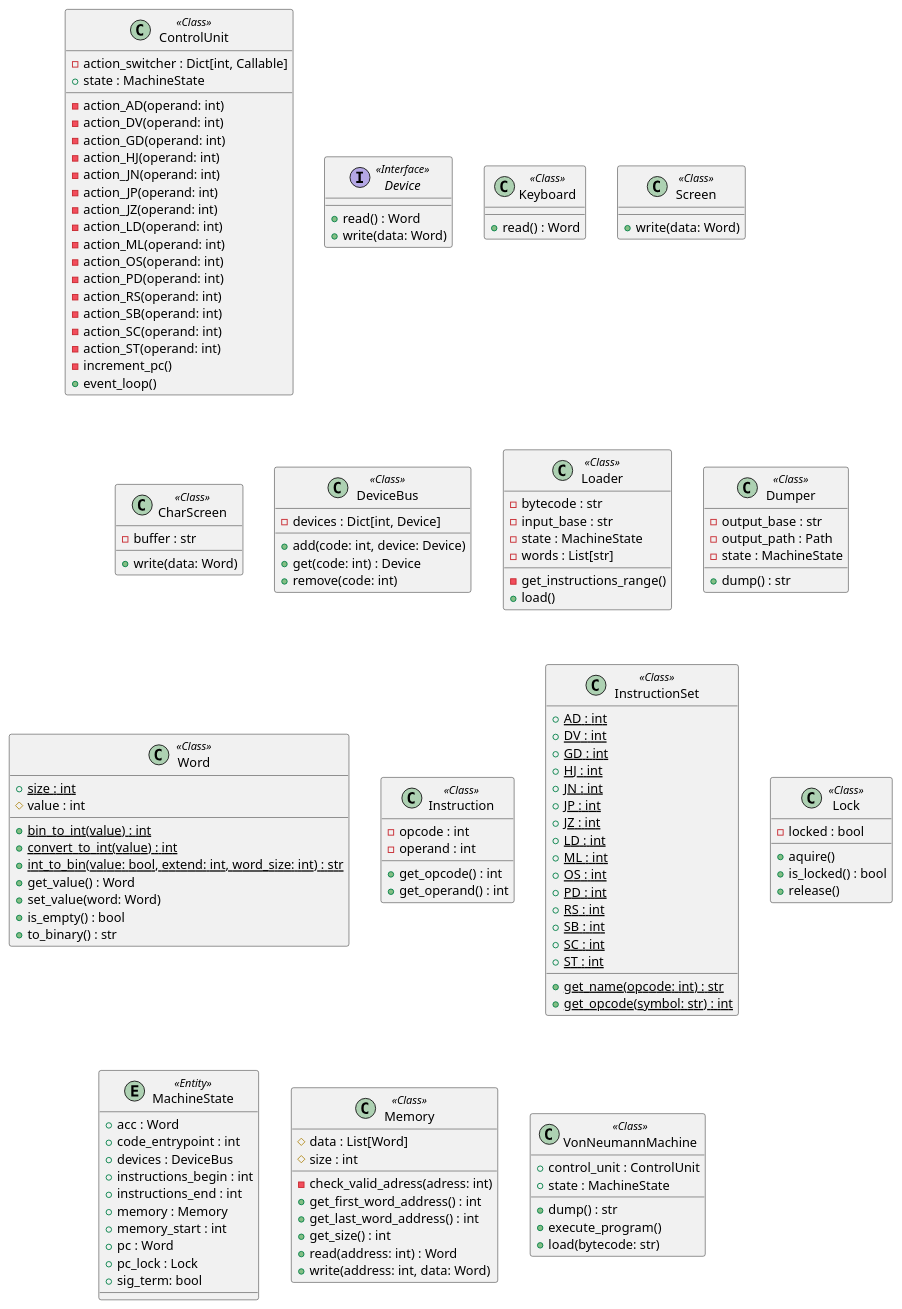
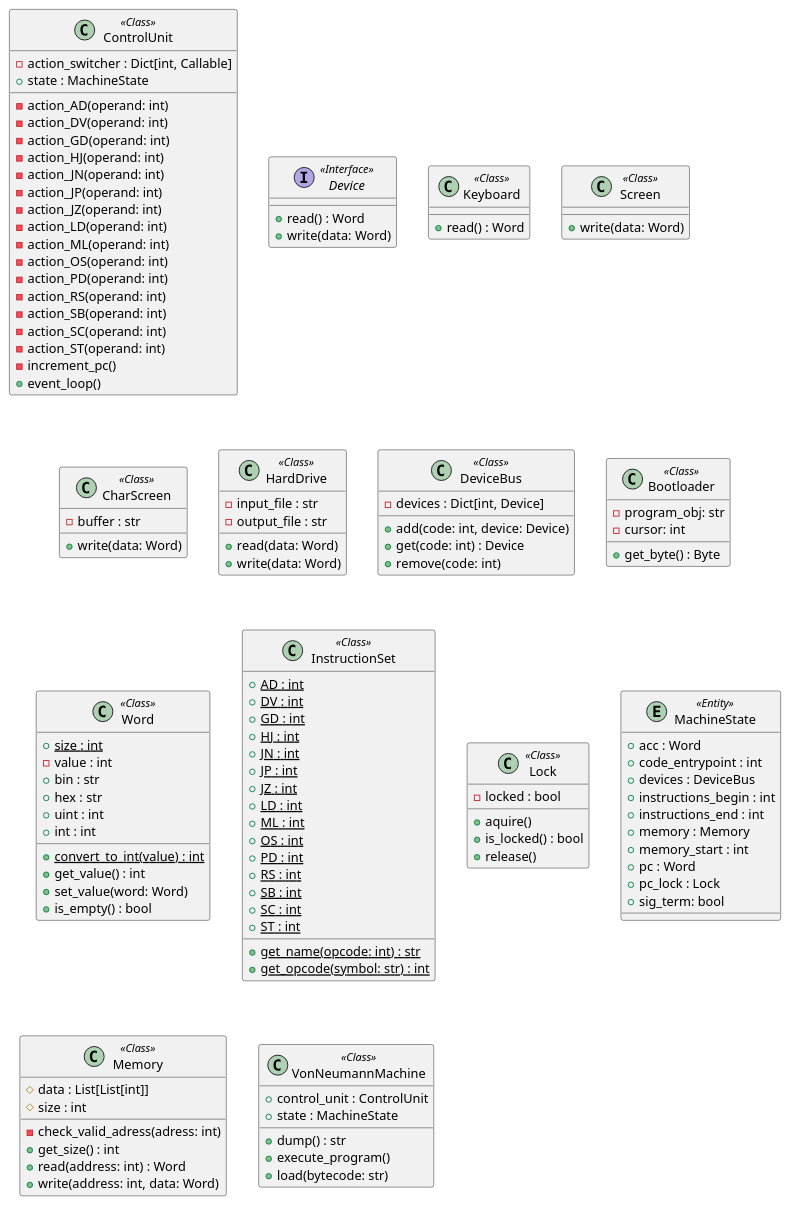
Before and after one commit to nmcardoso/von-neumann-machine: the diagram in uml/classes.iuml, drawn with PlantUML. The commit also changed 13 other files, not shown here.

```diff
--- a/uml/classes.iuml
+++ b/uml/classes.iuml
@@ -50,6 +50,13 @@
   +write(data: Word)
 }
 
+class "HardDrive" as pyvnm.vm.device.HardDrive <<Class>> {
+  -input_file : str
+  -output_file : str
+  +read(data: Word)
+  +write(data: Word)
+}
+
 class "DeviceBus" as pyvnm.vm.device.DeviceBus <<Class>> {
   -devices : Dict[int, Device]
   +add(code: int, device: Device)
@@ -62,25 +69,36 @@
 '''''''''''''' PACKAGE: LOADER ''''''''''''''
 '''''''''''''''''''''''''''''''''''''''''''''
 
-class "Loader" as pyvnm.system.loader.Loader <<Class>> {
-  -bytecode : str
-  -input_base : str
-  -state : MachineState
-  -words : List[str]
-  -get_instructions_range()
-  +load()
-}
+' class "Loader" as pyvnm.system.loader.Loader <<Class>> {
+'   -bytecode : str
+'   -input_base : str
+'   -state : MachineState
+'   -words : List[str]
+'   -get_instructions_range()
+'   +load()
+' }
 
 
 '''''''''''''''''''''''''''''''''''''''''''''
 '''''''''''''' PACKAGE: DUMPER ''''''''''''''
 '''''''''''''''''''''''''''''''''''''''''''''
 
-class "Dumper" as pyvnm.system.loader.Dumper <<Class>> {
-  -output_base : str
-  -output_path : Path
-  -state : MachineState
-  +dump() : str
+' class "Dumper" as pyvnm.system.loader.Dumper <<Class>> {
+'   -output_base : str
+'   -output_path : Path
+'   -state : MachineState
+'   +dump() : str
+' }
+
+
+'''''''''''''''''''''''''''''''''''''''''''''''''
+'''''''''''''' PACKAGE: BOOTLOADER ''''''''''''''
+'''''''''''''''''''''''''''''''''''''''''''''''''
+
+class "Bootloader" as pyvnm.system.bootloader.Bootloader <<Class>> {
+  -program_obj: str
+  -cursor: int
+  +get_byte() : Byte
 }
 
 
@@ -90,23 +108,24 @@
 
 class "Word" as pyvnm.vm.isa.Word <<Class>> {
   +{static}size : int
-  #value : int
-  +{static}bin_to_int(value) : int
+  -value : int
+  +bin : str
+  +hex : str
+  +uint : int
+  +int : int
   +{static}convert_to_int(value) : int
-  +{static}int_to_bin(value: bool, extend: int, word_size: int) : str
-  +get_value() : Word
+  +get_value() : int
   +set_value(word: Word)
   +is_empty() : bool
-  +to_binary() : str
 }
 
-class "Instruction" as pyvnm.vm.isa.Instruction <<Class>> {
-  -opcode : int
-  -operand : int
-  +get_opcode() : int
-  +get_operand() : int
-  ' +{static}build(opcode: int, operand: int) : Instruction
-}
+' class "Instruction" as pyvnm.vm.isa.Instruction <<Class>> {
+'   -opcode : int
+'   -operand : int
+'   +get_opcode() : int
+'   +get_operand() : int
+'   ' +{static}build(opcode: int, operand: int) : Instruction
+' }
 
 class "InstructionSet" as pyvnm.vm.isa.InstructionSet <<Class>> {
   +{static}AD : int
@@ -164,11 +183,9 @@
 '''''''''''''''''''''''''''''''''''''''''''''
 
 class "Memory" as pyvnm.vm.memory.Memory <<Class>> {
-  #data : List[Word]
+  #data : List[List[int]]
   #size : int
   -check_valid_adress(adress: int)
-  +get_first_word_address() : int
-  +get_last_word_address() : int
   +get_size() : int
   +read(address: int) : Word
   +write(address: int, data: Word)
```
